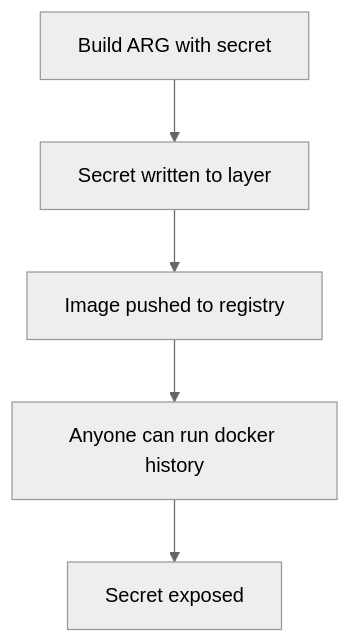
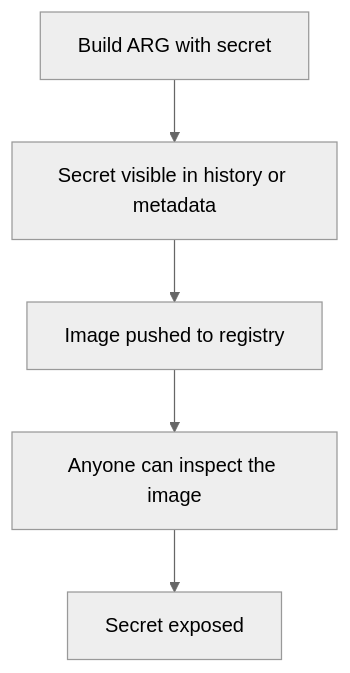
One commit to OneUptime/blog changed the first of 2 diagrams in posts/2026-01-30-docker-buildkit-secrets/README.md. Above: the diagram before and after it, drawn with Mermaid (neutral theme). The commit also changed other lines of this file and 2 other files, not shown here.

Commit message:
validate: 2026-01-30-docker-buildkit-secrets

````diff
--- a/posts/2026-01-30-docker-buildkit-secrets/README.md
+++ b/posts/2026-01-30-docker-buildkit-secrets/README.md
@@ -21,7 +21,7 @@
 ```mermaid
 flowchart TD
-    A[Build ARG with secret] --> B[Secret written to layer]
+    A[Build ARG with secret] --> B[Secret visible in history or metadata]
     B --> C[Image pushed to registry]
-    C --> D[Anyone can run docker history]
+    C --> D[Anyone can inspect the image]
     D --> E[Secret exposed]
 ```
````
